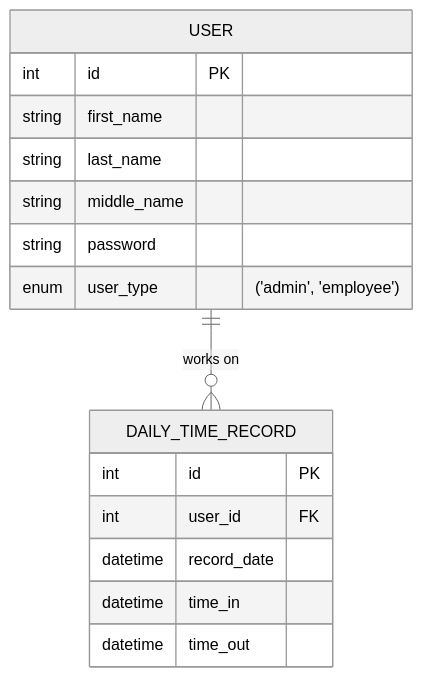
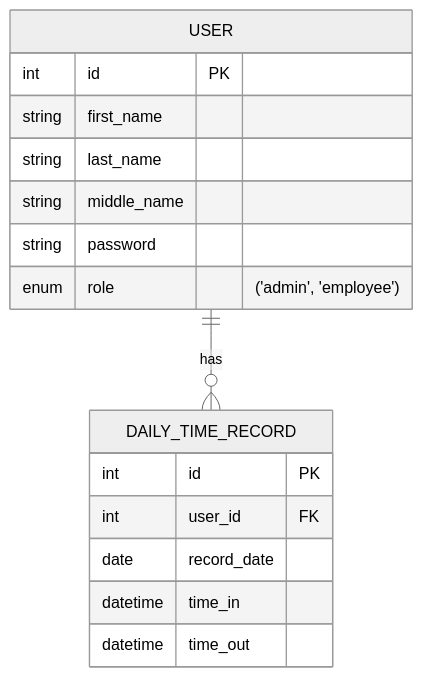
Before and after one commit to TheoDrHashiriya/daily-time-record: the diagram in README.md, drawn with Mermaid (neutral theme). The commit also changed other lines of this file, not shown here.

````diff
--- a/README.md
+++ b/README.md
@@ -2,21 +8,21 @@
 ```mermaid
 erDiagram
 USER{
 int id PK
 string first_name
 string last_name
 string middle_name
 string password
-enum user_type "('admin', 'employee')"
+enum role "('admin', 'employee')"
 }
 
 DAILY_TIME_RECORD{
 int id PK
 int user_id FK
-datetime record_date
+date record_date
 datetime time_in
 datetime time_out
 }
 
-USER||--o{DAILY_TIME_RECORD:"works on"
+USER||--o{DAILY_TIME_RECORD:"has"
 ```
````
